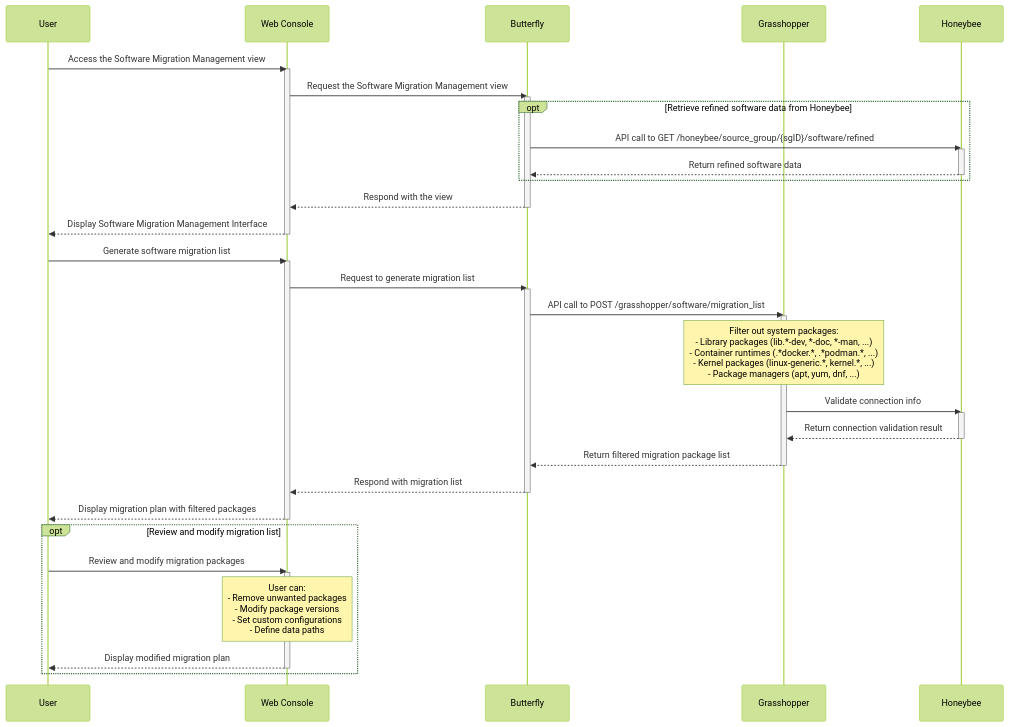
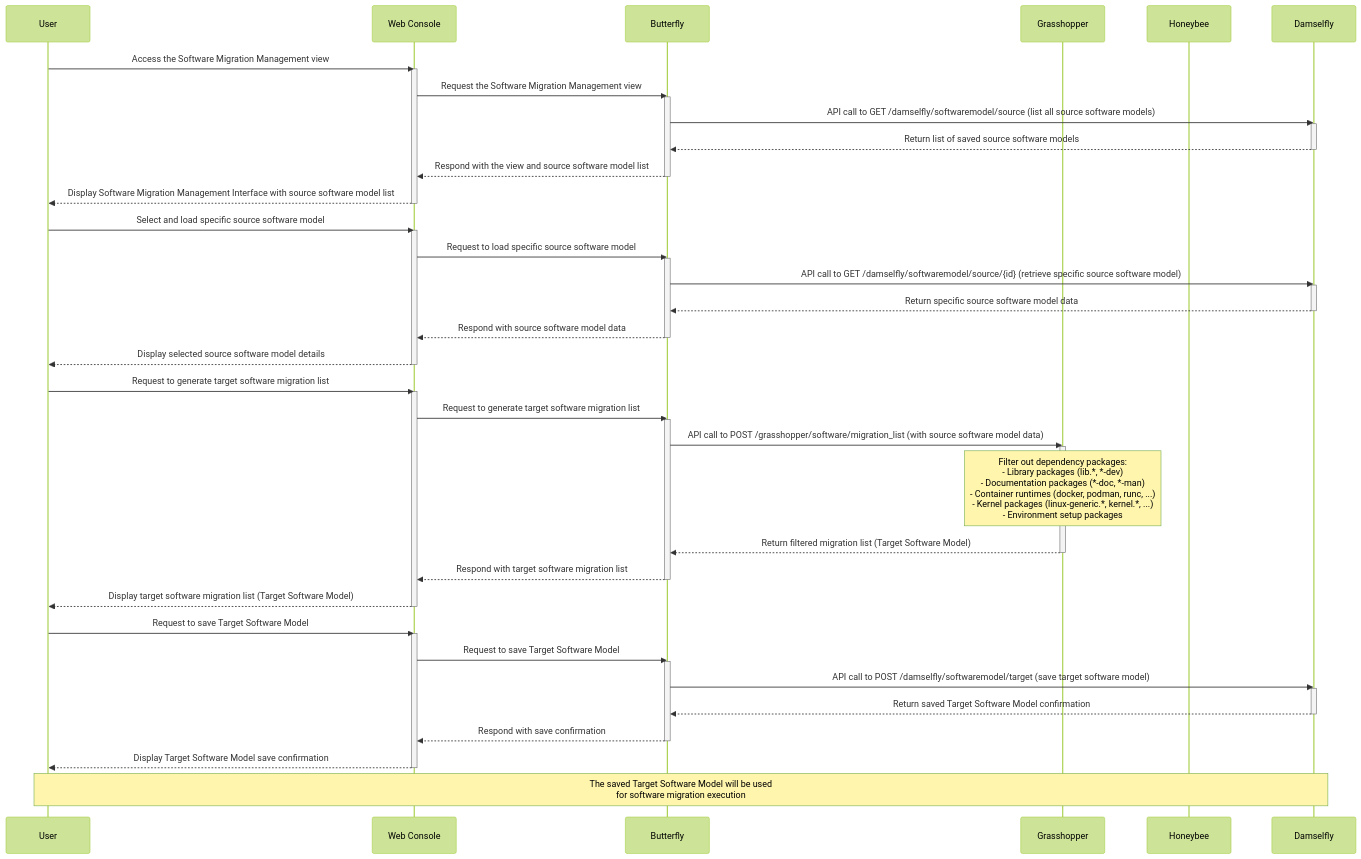
Before and after one commit to cloud-barista/cloud-migrator: the fourth of 6 diagrams in docs/02-user-scenario-for-software-migration.md, drawn with Mermaid (forest theme). The commit also changed other lines of this file, not shown here.

Commit message:
docs: software: Update software migration scenario

````diff
--- a/docs/02-user-scenario-for-software-migration.md
+++ b/docs/02-user-scenario-for-software-migration.md
@@ -215,52 +224,71 @@
 ```mermaid
 sequenceDiagram
     participant User as User
     participant Browser as Web Console
     participant Butterfly as Butterfly
     participant Grasshopper as Grasshopper
     participant Honeybee as Honeybee
+    participant Damselfly as Damselfly
 
     %% Step 0: User accesses Software Migration Management View
     User->>Browser: Access the Software Migration Management view
     activate Browser
     Browser->>Butterfly: Request the Software Migration Management view
     activate Butterfly
-    opt Retrieve refined software data from Honeybee
-        Butterfly->>Honeybee: API call to GET /honeybee/source_group/{sgID}/software/refined
-        activate Honeybee
-        Honeybee-->>Butterfly: Return refined software data
-        deactivate Honeybee
-    end
-    Butterfly-->>Browser: Respond with the view
+    
+    %% Step 1: Retrieve saved Source Software Model list from Damselfly
+    Butterfly->>Damselfly: API call to GET /damselfly/softwaremodel/source (list all source software models)
+    activate Damselfly
+    Damselfly-->>Butterfly: Return list of saved source software models
+    deactivate Damselfly
+    
+    Butterfly-->>Browser: Respond with the view and source software model list
     deactivate Butterfly
-    Browser-->>User: Display Software Migration Management Interface
+    Browser-->>User: Display Software Migration Management Interface with source software model list
     deactivate Browser
 
-    %% Step 1: Generate Migration List
-    User->>Browser: Generate software migration list
+    %% Step 2: Load specific Source Software Model
+    User->>Browser: Select and load specific source software model
     activate Browser
-    Browser->>Butterfly: Request to generate migration list
+    Browser->>Butterfly: Request to load specific source software model
     activate Butterfly
-    Butterfly->>Grasshopper: API call to POST /grasshopper/software/migration_list
-    activate Grasshopper
-    Note over Grasshopper: Filter out system packages:<br/>- Library packages (lib.*-dev, *-doc, *-man, ...)<br/>- Container runtimes (.*docker.*, .*podman.*, ...)<br/>- Kernel packages (linux-generic.*, kernel.*, ...)<br/>- Package managers (apt, yum, dnf, ...)
-    Grasshopper->>Honeybee: Validate connection info
-    activate Honeybee
-    Honeybee-->>Grasshopper: Return connection validation result
-    deactivate Honeybee
-    Grasshopper-->>Butterfly: Return filtered migration package list
-    deactivate Grasshopper
-    Butterfly-->>Browser: Respond with migration list
+    Butterfly->>Damselfly: API call to GET /damselfly/softwaremodel/source/{id} (retrieve specific source software model)
+    activate Damselfly
+    Damselfly-->>Butterfly: Return specific source software model data
+    deactivate Damselfly
+    Butterfly-->>Browser: Respond with source software model data
     deactivate Butterfly
-    Browser-->>User: Display migration plan with filtered packages
+    Browser-->>User: Display selected source software model details
     deactivate Browser
 
-    %% Step 2: Review and Modify Migration List
-    opt Review and modify migration list
-        User->>Browser: Review and modify migration packages
-        activate Browser
-        Note over Browser: User can:<br/>- Remove unwanted packages<br/>- Modify package versions<br/>- Set custom configurations<br/>- Define data paths
-        Browser-->>User: Display modified migration plan
-        deactivate Browser
-    end
+    %% Step 3: Generate Target Software Migration List
+    User->>Browser: Request to generate target software migration list
+    activate Browser
+    Browser->>Butterfly: Request to generate target software migration list
+    activate Butterfly
+    Butterfly->>Grasshopper: API call to POST /grasshopper/software/migration_list (with source software model data)
+    activate Grasshopper
+    Note over Grasshopper: Filter out dependency packages:<br/>- Library packages (lib.*, *-dev)<br/>- Documentation packages (*-doc, *-man)<br/>- Container runtimes (docker, podman, runc, ...)<br/>- Kernel packages (linux-generic.*, kernel.*, ...)<br/>- Environment setup packages
+    Grasshopper-->>Butterfly: Return filtered migration list (Target Software Model)
+    deactivate Grasshopper
+    Butterfly-->>Browser: Respond with target software migration list
+    deactivate Butterfly
+    Browser-->>User: Display target software migration list (Target Software Model)
+    deactivate Browser
+
+    %% Step 4: Save Target Software Model
+    User->>Browser: Request to save Target Software Model
+    activate Browser
+    Browser->>Butterfly: Request to save Target Software Model
+    activate Butterfly
+    Butterfly->>Damselfly: API call to POST /damselfly/softwaremodel/target (save target software model)
+    activate Damselfly
+    Damselfly-->>Butterfly: Return saved Target Software Model confirmation
+    deactivate Damselfly
+    Butterfly-->>Browser: Respond with save confirmation
+    deactivate Butterfly
+    Browser-->>User: Display Target Software Model save confirmation
+    deactivate Browser
+    
+    Note over User, Damselfly: The saved Target Software Model will be used<br/>for software migration execution
 ```
````
